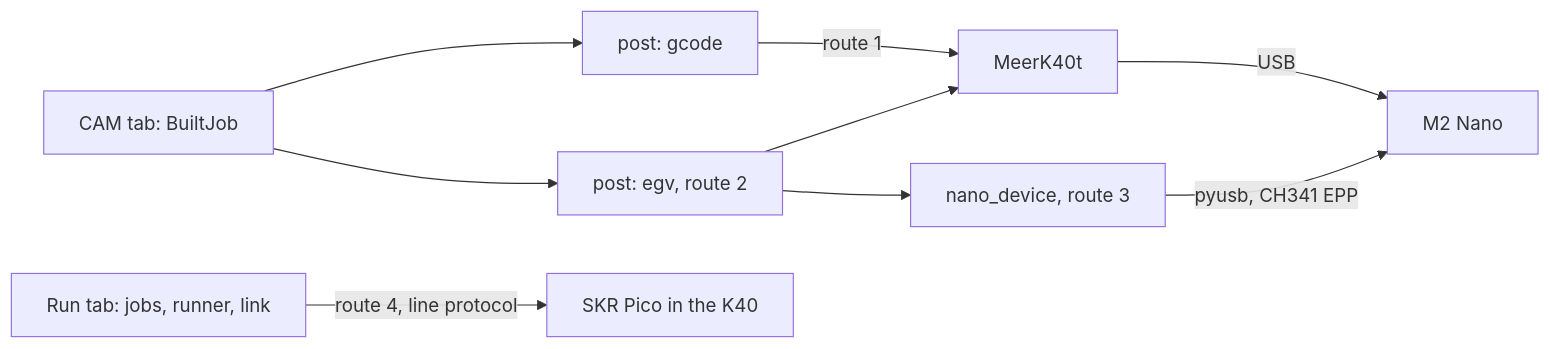
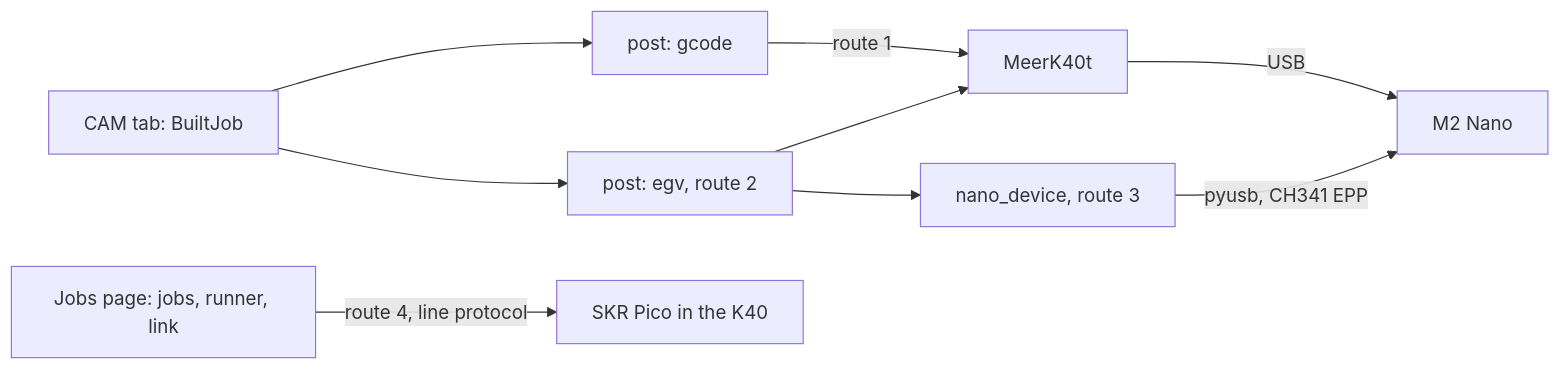
One commit to tmpk13/spinny-cnc changed the diagram in docs/M2_NANO.md. Above: the diagram before and after it, drawn with Mermaid. The commit also changed other lines of this file and 8 other files, not shown here.

````diff
--- a/docs/M2_NANO.md
+++ b/docs/M2_NANO.md
@@ -53,9 +54,9 @@
 ```mermaid
 flowchart LR
     CAM[CAM tab: BuiltJob] --> GC[post: gcode]
     CAM --> EGV[post: egv, route 2]
     GC -->|route 1| MK[MeerK40t] -->|USB| M2[M2 Nano]
     EGV --> MK
     EGV --> ND[nano_device, route 3] -->|pyusb, CH341 EPP| M2
-    JOB[Run tab: jobs, runner, link] -->|route 4, line protocol| PICO[SKR Pico in the K40]
+    JOB[Jobs page: jobs, runner, link] -->|route 4, line protocol| PICO[SKR Pico in the K40]
 ```
````
